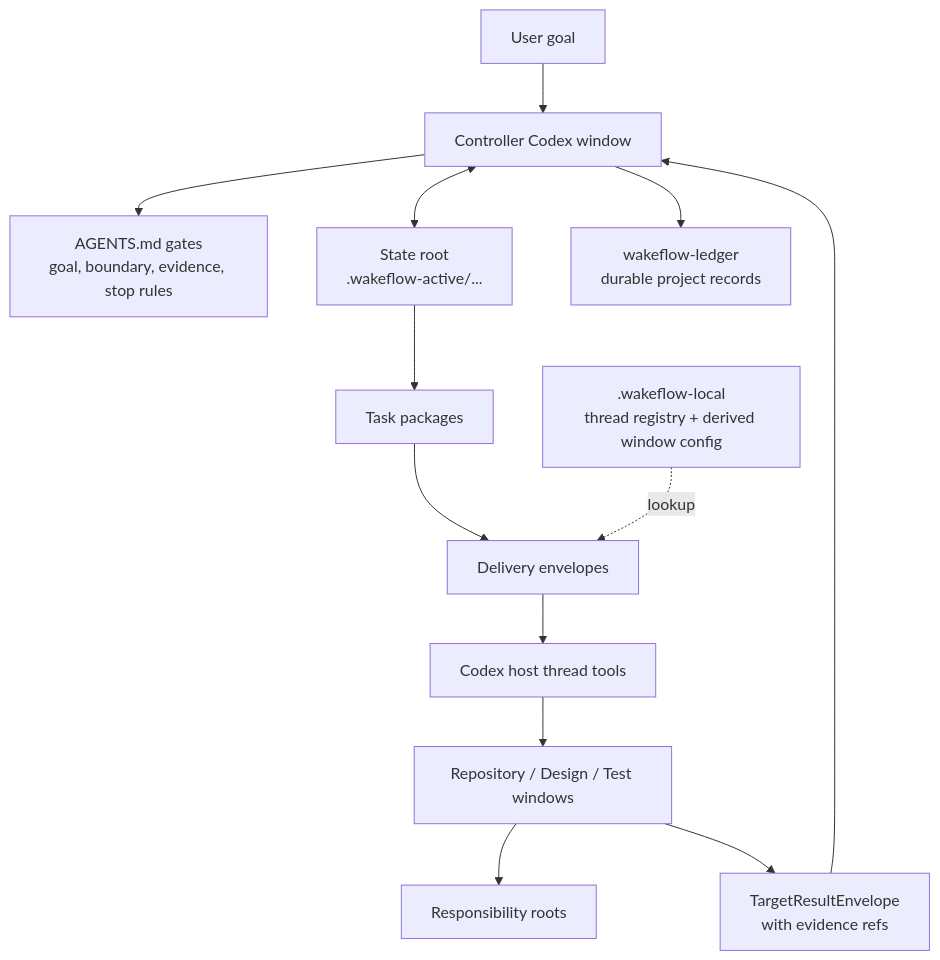
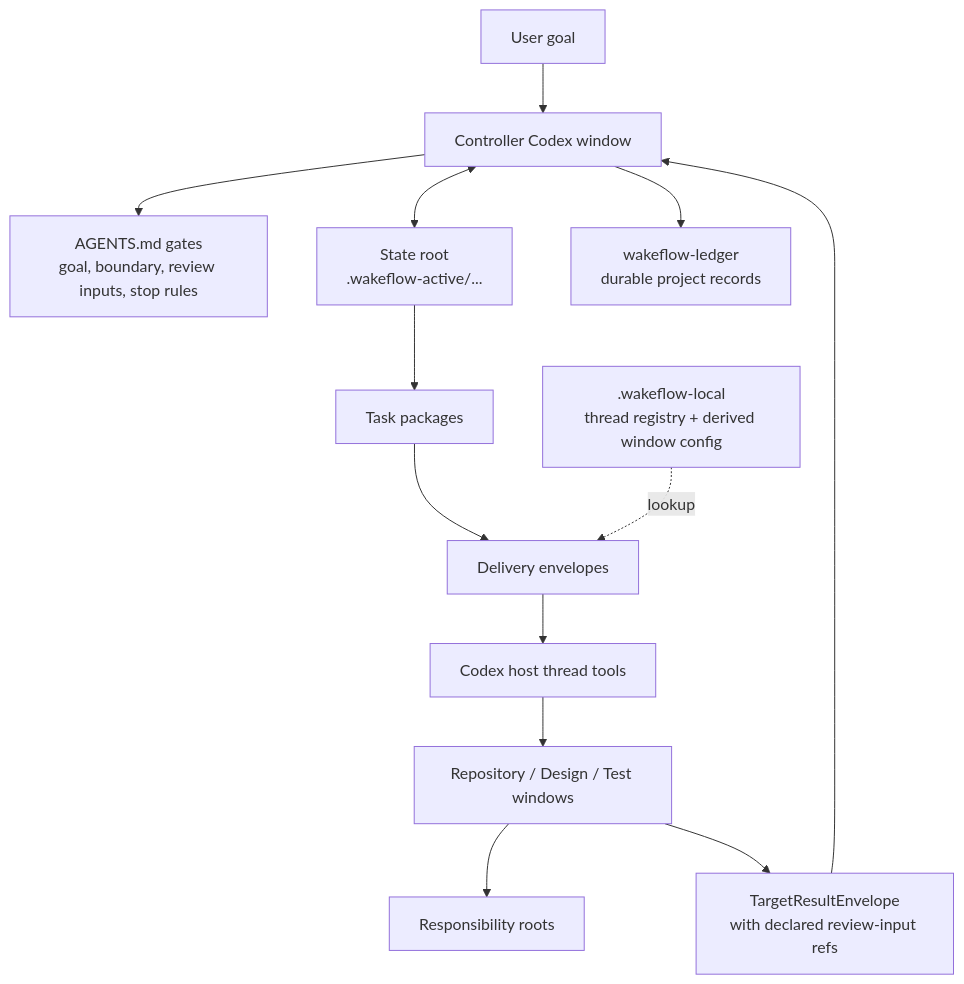
Before and after one commit to GxFn/Wakeflow: the diagram in plugins/codex-wakeflow/README.md, drawn with Mermaid. The commit also changed other lines of this file and 121 other files, not shown here.

Commit message:
fix: clarify target result trust semantics

````diff
--- a/plugins/codex-wakeflow/README.md
+++ b/plugins/codex-wakeflow/README.md
@@ -69,15 +70,15 @@
 ```mermaid
 flowchart TD
   User["User goal"] --> Controller["Controller Codex window"]
-  Controller --> Gates["AGENTS.md gates<br/>goal, boundary, evidence, stop rules"]
+  Controller --> Gates["AGENTS.md gates<br/>goal, boundary, review inputs, stop rules"]
   Controller <--> StateRoot["State root<br/>.wakeflow-active/..."]
   StateRoot --> Tasks["Task packages"]
   Tasks --> Delivery["Delivery envelopes"]
   LocalRuntime[".wakeflow-local<br/>thread registry + derived window config"] -. "lookup" .-> Delivery
   Delivery --> Host["Codex host thread tools"]
   Host --> Targets["Repository / Design / Test windows"]
   Targets --> Repos["Responsibility roots"]
-  Targets --> Results["TargetResultEnvelope<br/>with evidence refs"]
+  Targets --> Results["TargetResultEnvelope<br/>with declared review-input refs"]
   Results --> Controller
   Controller --> Ledger["wakeflow-ledger<br/>durable project records"]
 ```
````
